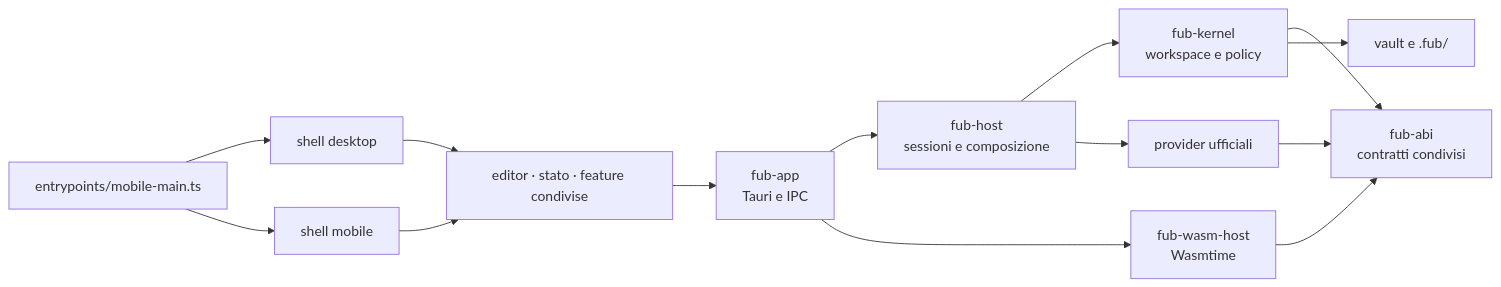
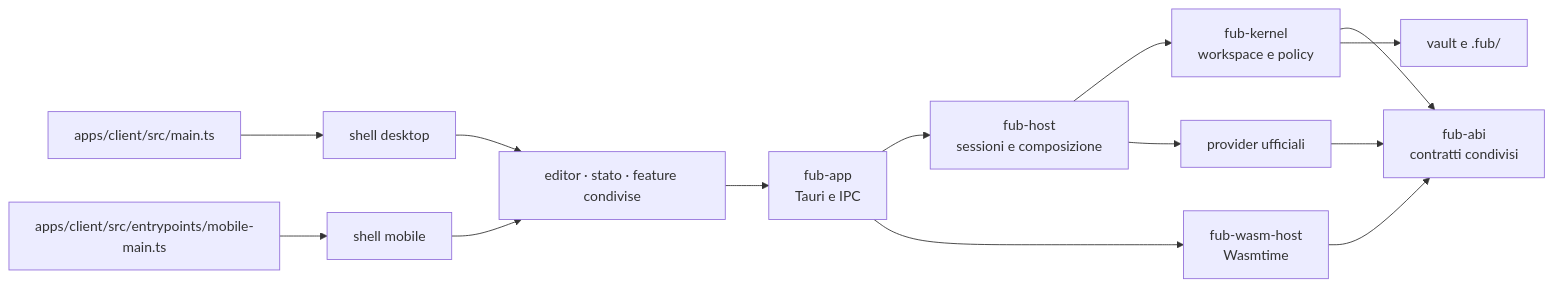
The diagram in README.md (Fubeo/Fub), drawn with Mermaid before and after one commit. The commit also changed 2 other files, not shown here.

Commit message:
fix(docs): il diagramma del README disegna i due ingressi, e check-mermaid trova le id doppie

````diff
--- a/README.md
+++ b/README.md
@@ -17,16 +17,16 @@
 ```mermaid
 flowchart LR
-    ENTRY["apps/client/src/main.ts"] --> DESKTOP["shell desktop"]
-    ENTRY["entrypoints/mobile-main.ts"] --> MOBILE["shell mobile"]
+    DESKTOP_ENTRY["apps/client/src/main.ts"] --> DESKTOP["shell desktop"]
+    MOBILE_ENTRY["apps/client/src/entrypoints/mobile-main.ts"] --> MOBILE["shell mobile"]
     DESKTOP --> SHARED["editor · stato · feature condivise"]
     MOBILE --> SHARED
     SHARED --> APP["fub-app<br/>Tauri e IPC"]
     APP --> HOST["fub-host<br/>sessioni e composizione"]
     APP --> WASM["fub-wasm-host<br/>Wasmtime"]
     HOST --> KERNEL["fub-kernel<br/>workspace e policy"]
     HOST --> PROVIDERS["provider ufficiali"]
     KERNEL --> ABI["fub-abi<br/>contratti condivisi"]
     PROVIDERS --> ABI
     WASM --> ABI
     KERNEL --> DISK["vault e .fub/"]
 ```
````
